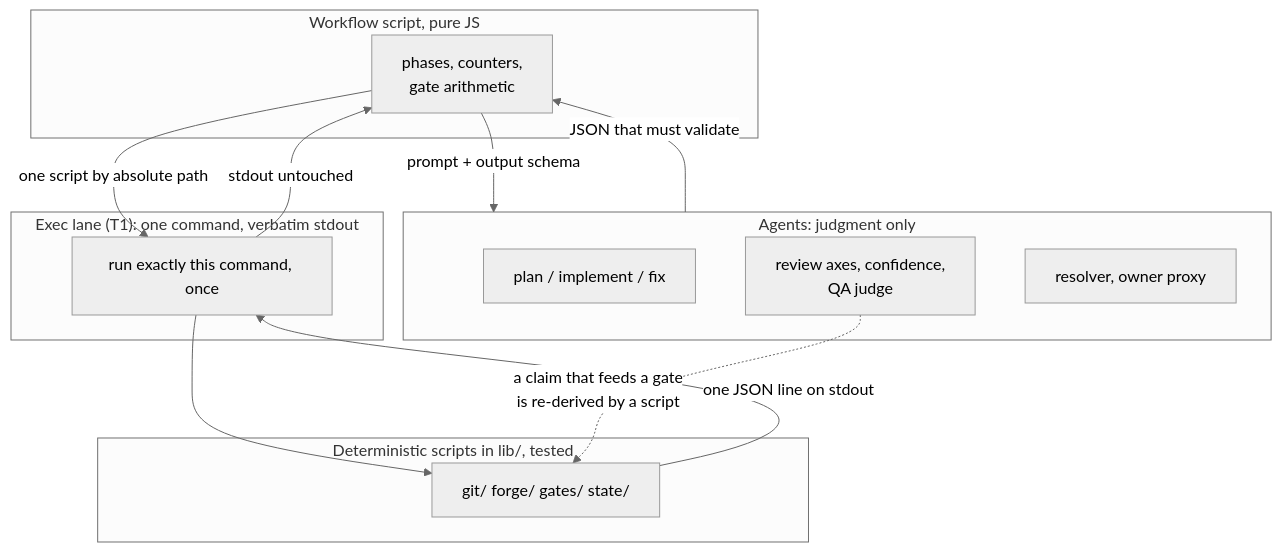
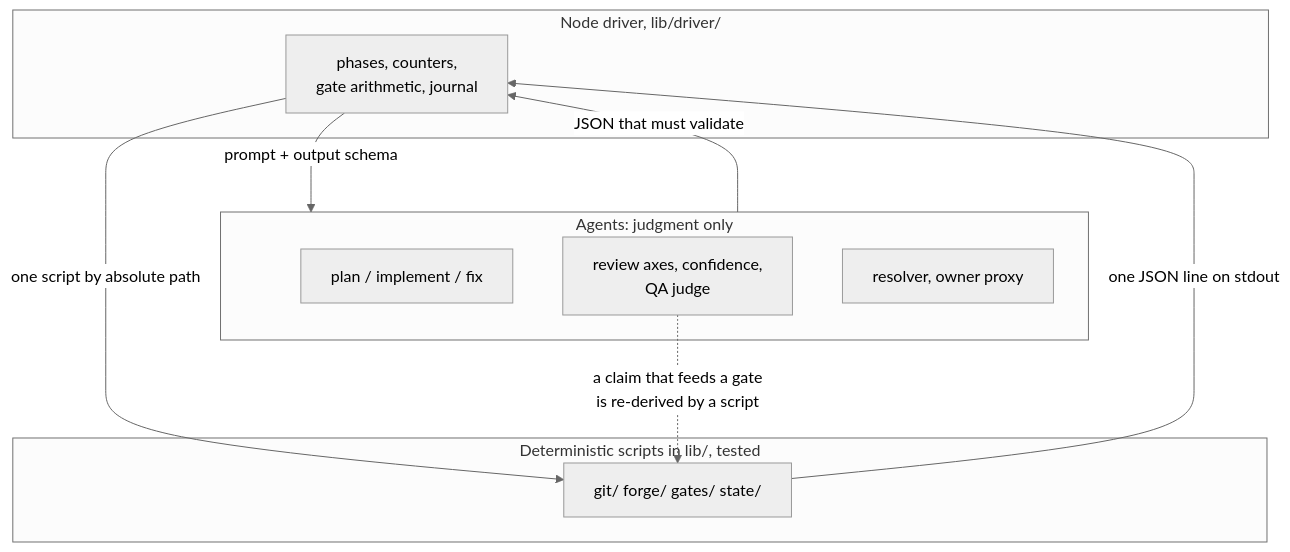
Before and after one commit to Aberratio/tiller: the third of 6 diagrams in README.md, drawn with Mermaid (neutral theme). The commit also changed other lines of this file and 14 other files, not shown here.

First line of the commit message:
docs: describe the runner as the Node driver throughout

````diff
--- a/README.md
+++ b/README.md
@@ -232,24 +232,19 @@
 ```mermaid
 flowchart TB
-    subgraph W["Workflow script, pure JS"]
-        W1["phases, counters,<br/>gate arithmetic"]
+    subgraph W["Node driver, lib/driver/"]
+        W1["phases, counters,<br/>gate arithmetic, journal"]
     end
     subgraph A["Agents: judgment only"]
         A1["plan / implement / fix"]
         A2["review axes, confidence,<br/>QA judge"]
         A3["resolver, owner proxy"]
     end
-    subgraph X["Exec lane (T1): one command, verbatim stdout"]
-        X1["run exactly this command, once"]
-    end
     subgraph D["Deterministic scripts in lib/, tested"]
         D1["git/ forge/ gates/ state/"]
     end
     W1 -->|prompt + output schema| A
     A -->|"JSON that must validate"| W1
-    W1 -->|"one script by absolute path"| X1
-    X1 --> D1
-    D1 -->|"one JSON line on stdout"| X1
-    X1 -->|"stdout untouched"| W1
+    W1 -->|"one script by absolute path"| D1
+    D1 -->|"one JSON line on stdout"| W1
     A2 -. "a claim that feeds a gate<br/>is re-derived by a script" .-> D1
 ```
````
